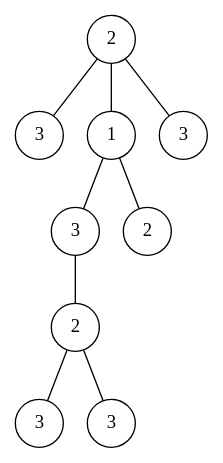
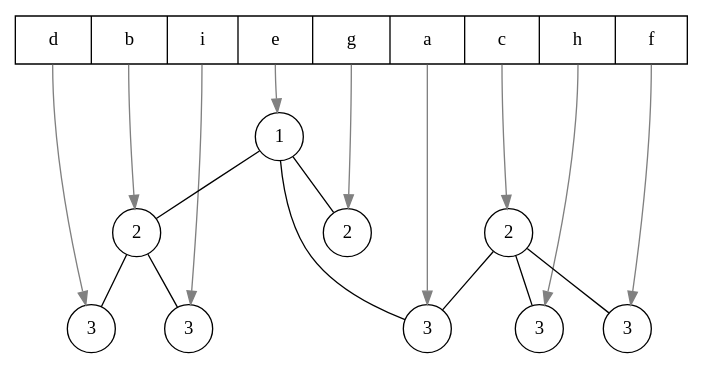
One commit to ralismark/ralismark.github.io changed the third of 5 diagrams in _posts/2019-05-28-edge-trees.md. Above: the diagram before and after it, drawn with Graphviz. The commit also changed other lines of this file, not shown here.

Commit message:
Fix up graphs

````diff
--- a/_posts/2019-05-28-edge-trees.md
+++ b/_posts/2019-05-28-edge-trees.md
@@ -58,22 +58,44 @@
 ```dot
-graph {
+digraph {
+	node [shape=record];
+	ar [label="<d> d | <b> b | <i> i | <e> e | <g> g | <a> a | <c> c | <h> h | <f> f", width=7];
+
 	node [shape=circle];
-	a [label=3]; // 1
-	b [label=2]; // 2
-	c [label=2]; // 3
-	d [label=3]; // 4
-	e [label=1]; // 5
-	f [label=3]; // 6
-	g [label=2]; // 7
-	h [label=3]; // 8
-	i [label=3]; // 9
-	b -- d;
-	c -- f;
-	e -- g;
-	c -- h;
-	a -- c;
-	e -- a;
-	b -- e;
-	b -- i;
+	{ rank = same;
+		e [label=1]; // 5
+	} { rank = same;
+		b [label=2]; // 2
+		c [label=2]; // 3
+		g [label=2]; // 7
+	} { rank = same;
+		a [label=3]; // 1
+		d [label=3]; // 4
+		f [label=3]; // 6
+		h [label=3]; // 8
+		i [label=3]; // 9
+	}
+	subgraph cart {
+		edge [color=grey];
+		ar:a -> a;
+		ar:b -> b;
+		ar:c -> c;
+		ar:d -> d;
+		ar:e -> e;
+		ar:f -> f;
+		ar:g -> g;
+		ar:h -> h;
+		ar:i -> i;
+	}
+	subgraph tree {
+		edge [dir=none];
+		b -> d;
+		c -> f;
+		e -> g;
+		c -> h;
+		a -> c;
+		e -> a;
+		b -> e;
+		b -> i;
+	}
 }
 ```
````
